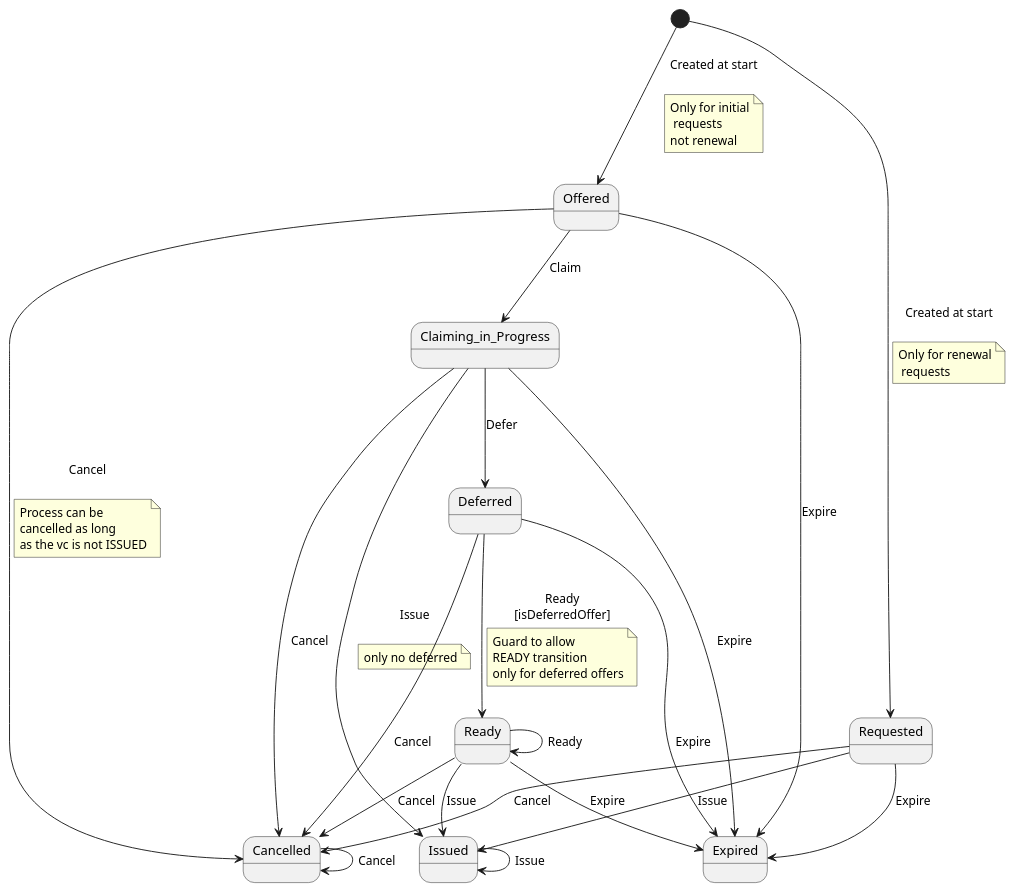
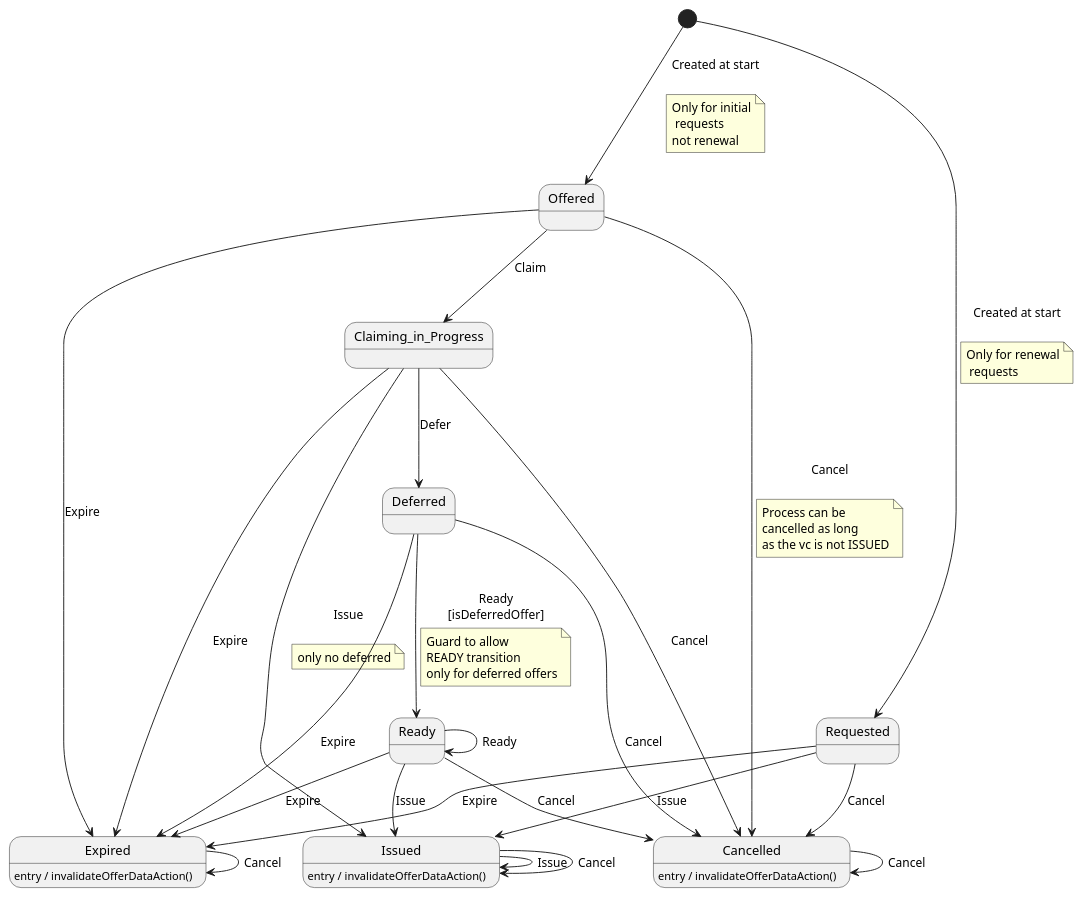
Before and after one commit to swiyu-admin-ch/swiyu-issuer: the diagram in issuer-service/src/main/resources/plantuml/credentialOfferStateMachine.puml, drawn with PlantUML. The commit also changed 11 other files, not shown here.

```diff
--- a/issuer-service/src/main/resources/plantuml/credentialOfferStateMachine.puml
+++ b/issuer-service/src/main/resources/plantuml/credentialOfferStateMachine.puml
@@ -1,58 +1,60 @@
 @startuml
 state Claiming_in_Progress
+state Expired  :entry / invalidateOfferDataAction()
+state Offered
+state Requested
+state Cancelled  :entry / invalidateOfferDataAction()
+state Deferred
+state Issued  :entry / invalidateOfferDataAction()
 state Ready
-state Cancelled
-state Expired
-state Deferred
-state Requested
-state Offered
-state Issued
 [*] --> Offered : Created at start\n
 note on link
 Only for initial
  requests
 not renewal
 end note
 
 [*] --> Requested : Created at start\n
 note on link
 Only for renewal
  requests
 end note
 
 Requested --> Issued : Issue
 Requested --> Cancelled : Cancel
 Requested --> Expired : Expire
 Offered --> Cancelled : Cancel\n
 note on link
 Process can be
 cancelled as long
 as the vc is not ISSUED
 end note
 
 Offered --> Expired : Expire
 Offered --> Claiming_in_Progress : Claim
 Claiming_in_Progress --> Expired : Expire
 Claiming_in_Progress --> Deferred : Defer
 Claiming_in_Progress --> Issued : Issue\n
 note on link
 only no deferred
 end note
 
 Claiming_in_Progress --> Cancelled : Cancel
 Deferred --> Ready : Ready\n[isDeferredOffer]
 note on link
 Guard to allow
 READY transition
 only for deferred offers
 end note
 
 Deferred --> Expired : Expire
 Deferred --> Cancelled : Cancel
 Ready --> Issued : Issue
 Ready --> Expired : Expire
 Ready --> Cancelled : Cancel
 Ready --> Ready : Ready
 Issued --> Issued : Issue
+Issued --> Issued : Cancel
 Cancelled --> Cancelled : Cancel
+Expired --> Expired : Cancel
 @enduml
```
